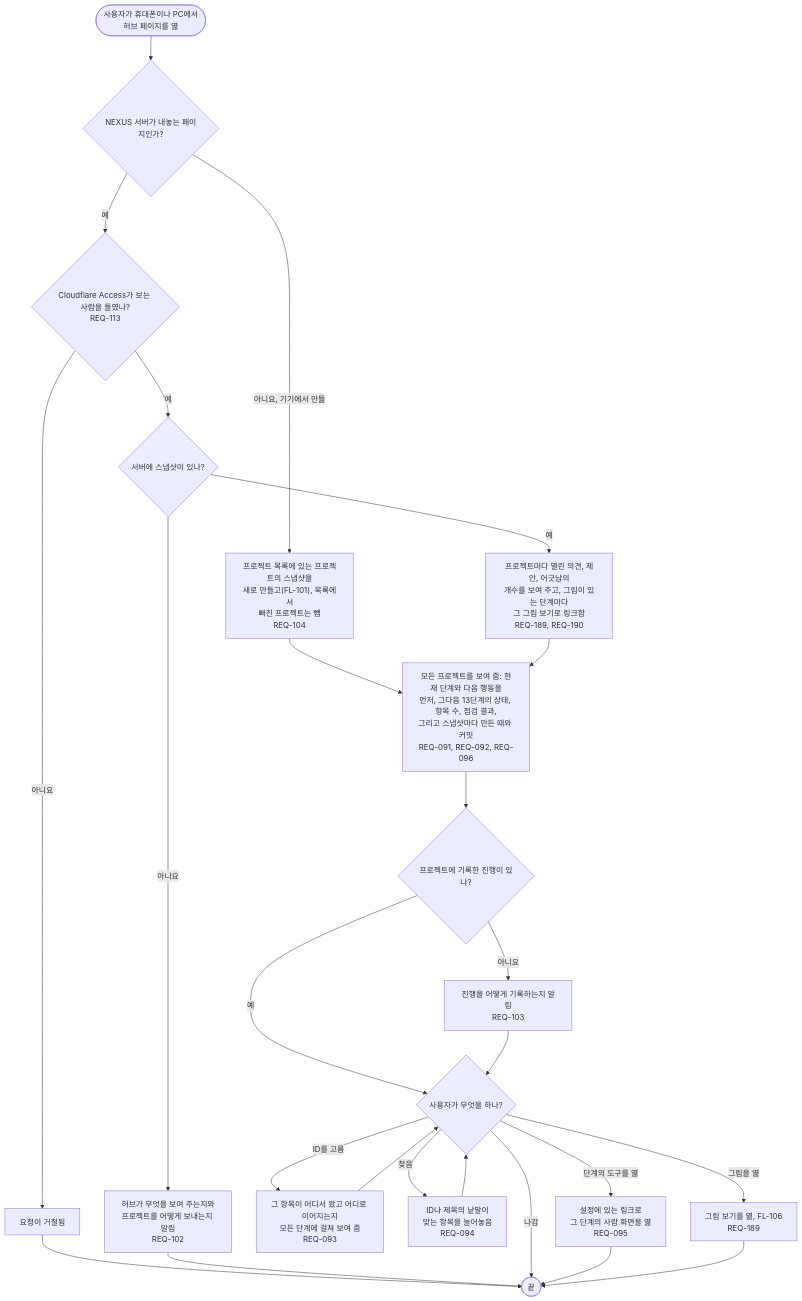
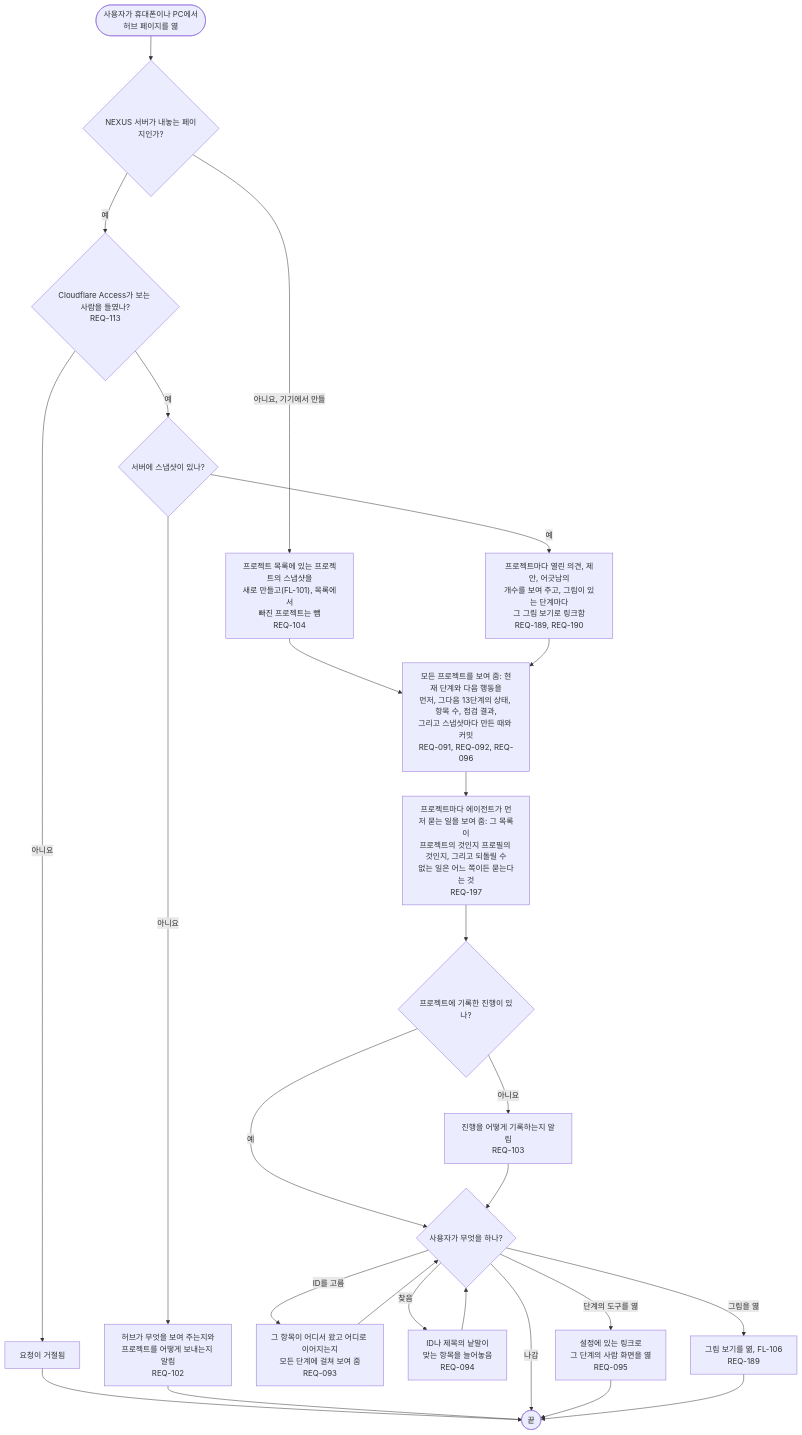
One commit to kodonghui/corthex-nexus changed the diagram in docs/03-user-flow/nexus/FL-105-see-the-hub-page.ko.md. Above: the diagram before and after it, drawn with Mermaid. The commit also changed other lines of this file and 7 other files, not shown here.

````diff
--- a/docs/03-user-flow/nexus/FL-105-see-the-hub-page.ko.md
+++ b/docs/03-user-flow/nexus/FL-105-see-the-hub-page.ko.md
@@ -9,27 +9,28 @@
 ```mermaid
 flowchart TD
   A(["사용자가 휴대폰이나 PC에서<br/>허브 페이지를 엶"]) --> B{"NEXUS 서버가 내놓는 페이지인가?"}
   B -->|아니요, 기기에서 만듦| C["프로젝트 목록에 있는 프로젝트의 스냅샷을<br/>새로 만들고(FL-101), 목록에서<br/>빠진 프로젝트는 뺌<br/>REQ-104"]
   B -->|예| D{"Cloudflare Access가 보는 사람을 들였나?<br/>REQ-113"}
   D -->|아니요| D1["요청이 거절됨"]
   D1 --> Z(["끝"])
   D -->|예| E{"서버에 스냅샷이 있나?"}
   E -->|아니요| E1["허브가 무엇을 보여 주는지와<br/>프로젝트를 어떻게 보내는지 알림<br/>REQ-102"]
   E1 --> Z
   E -->|예| F["프로젝트마다 열린 의견, 제안, 어긋남의<br/>개수를 보여 주고, 그림이 있는 단계마다<br/>그 그림 보기로 링크함<br/>REQ-189, REQ-190"]
   C --> G
   F --> G["모든 프로젝트를 보여 줌: 현재 단계와 다음 행동을<br/>먼저, 그다음 13단계의 상태, 항목 수, 점검 결과,<br/>그리고 스냅샷마다 만든 때와 커밋<br/>REQ-091, REQ-092, REQ-096"]
-  G --> H{"프로젝트에 기록한 진행이 있나?"}
+  G --> G1["프로젝트마다 에이전트가 먼저 묻는 일을 보여 줌: 그 목록이<br/>프로젝트의 것인지 프로필의 것인지, 그리고 되돌릴 수<br/>없는 일은 어느 쪽이든 묻는다는 것<br/>REQ-197"]
+  G1 --> H{"프로젝트에 기록한 진행이 있나?"}
   H -->|아니요| H1["진행을 어떻게 기록하는지 알림<br/>REQ-103"]
   H -->|예| I
   H1 --> I{"사용자가 무엇을 하나?"}
   I -->|ID를 고름| J["그 항목이 어디서 왔고 어디로 이어지는지<br/>모든 단계에 걸쳐 보여 줌<br/>REQ-093"]
   I -->|찾음| K["ID나 제목의 낱말이<br/>맞는 항목을 늘어놓음<br/>REQ-094"]
   I -->|단계의 도구를 엶| L["설정에 있는 링크로<br/>그 단계의 사람 화면을 엶<br/>REQ-095"]
   I -->|그림을 엶| M["그림 보기를 엶, FL-106<br/>REQ-189"]
   I -->|나감| Z
   J --> I
   K --> I
   L --> Z
   M --> Z
 ```
````
